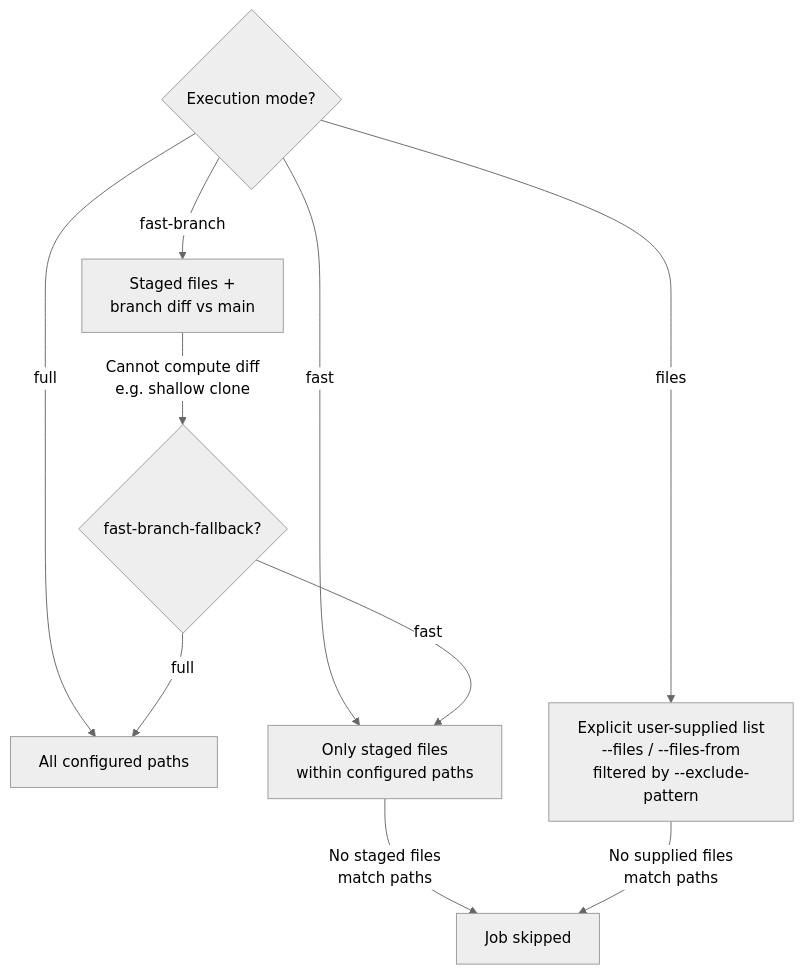
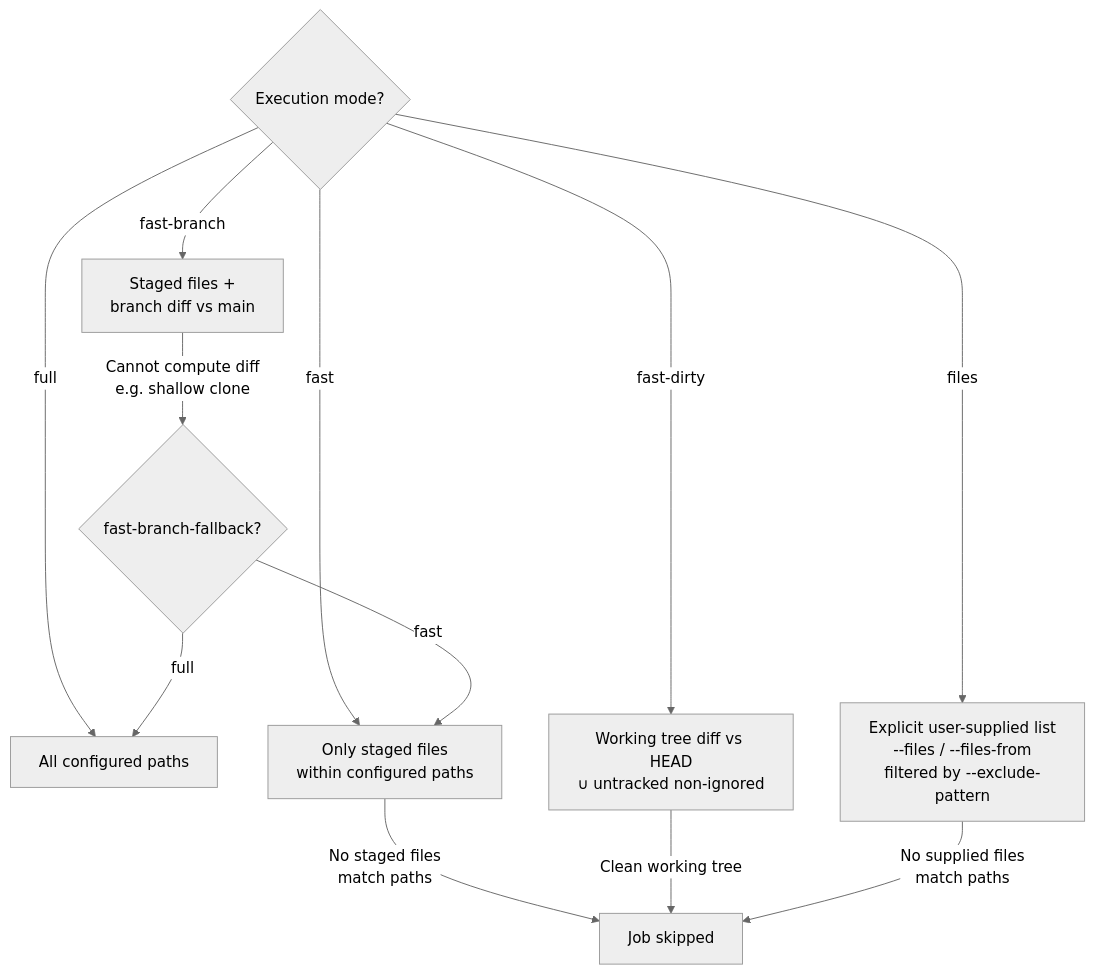
Before and after one commit to Wtyd/githooks: the diagram in docs/execution-modes.md, drawn with Mermaid (neutral theme). The commit also changed other lines of this file and 7 other files, not shown here.

First line of the commit message:
docs(execution-modes): document --fast-dirty (FEAT-13)

````diff
--- a/docs/execution-modes.md
+++ b/docs/execution-modes.md
@@ -14,13 +15,15 @@
 ```mermaid
 graph TD
     A{Execution mode?}
     A -->|full| B[All configured paths]
     A -->|fast| C[Only staged files<br/>within configured paths]
     A -->|fast-branch| D[Staged files +<br/>branch diff vs main]
+    A -->|fast-dirty| H[Working tree diff vs HEAD<br/>∪ untracked non-ignored]
     A -->|files| G[Explicit user-supplied list<br/>--files / --files-from<br/>filtered by --exclude-pattern]
     C -->|No staged files<br/>match paths| E[Job skipped]
     D -->|Cannot compute diff<br/>e.g. shallow clone| F{fast-branch-fallback?}
     F -->|full| B
     F -->|fast| C
+    H -->|Clean working tree| E
     G -->|No supplied files<br/>match paths| E
 ```
````
